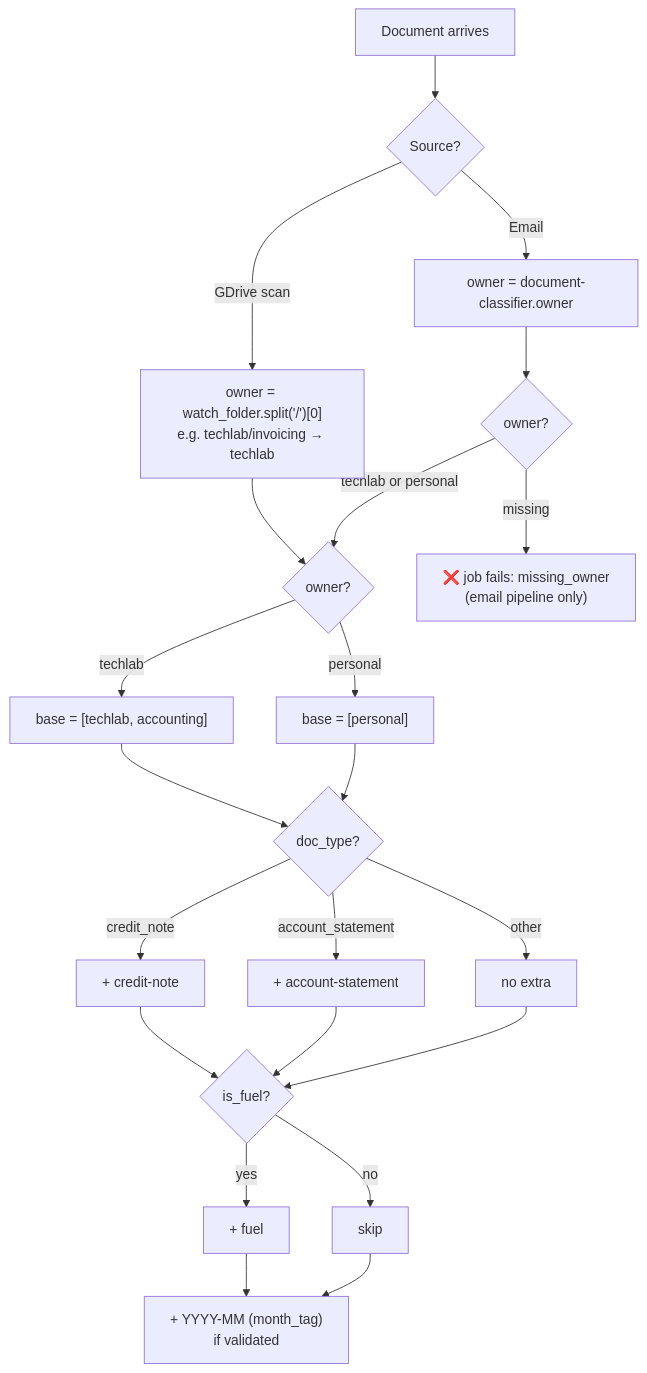
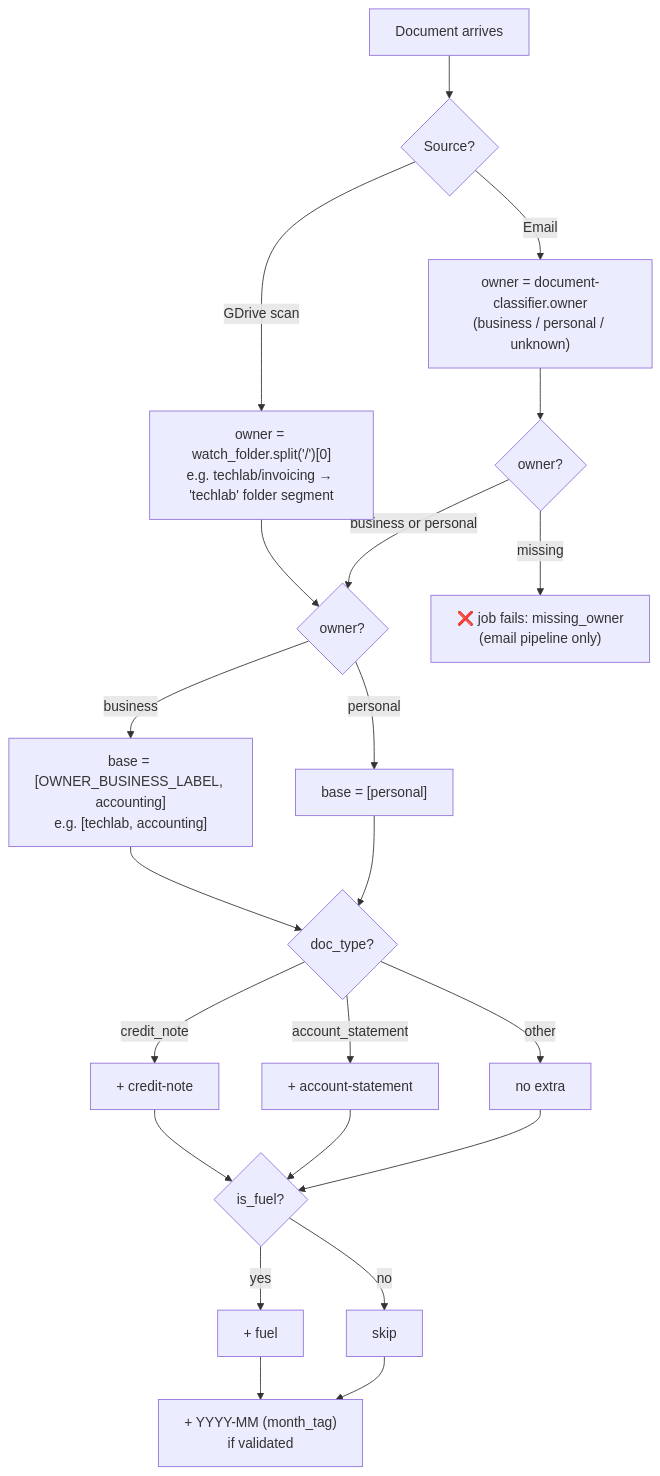
Before and after one commit to mcsdodo/personal-assistant: the third of 7 diagrams in docs/uc1-invoice-processing.md, drawn with Mermaid. The commit also changed other lines of this file and 8 other files, not shown here.

First line of the commit message:
chore(personal-assistant): wire OWNER_BUSINESS_LABEL config + docs (task 97)

````diff
--- a/docs/uc1-invoice-processing.md
+++ b/docs/uc1-invoice-processing.md
@@ -212,33 +212,33 @@
 ```mermaid
 flowchart TD
     A[Document arrives] --> B{Source?}
 
-    B -->|GDrive scan| Bg["owner = watch_folder.split('/')[0]<br/>e.g. techlab/invoicing → techlab"]
-    B -->|Email| Be["owner = document-classifier.owner"]
+    B -->|GDrive scan| Bg["owner = watch_folder.split('/')[0]<br/>e.g. techlab/invoicing → 'techlab' folder segment"]
+    B -->|Email| Be["owner = document-classifier.owner<br/>(business / personal / unknown)"]
 
     Bg --> D{owner?}
     Be --> Dm{owner?}
 
     Dm -->|missing| X["❌ job fails: missing_owner<br/>(email pipeline only)"]
-    Dm -->|techlab or personal| D
+    Dm -->|business or personal| D
 
-    D -->|techlab| G["base = [techlab, accounting]"]
+    D -->|business| G["base = [OWNER_BUSINESS_LABEL, accounting]<br/>e.g. [techlab, accounting]"]
     D -->|personal| E["base = [personal]"]
 
     G --> Dt
     E --> Dt
     Dt{doc_type?}
     Dt -->|credit_note| Cn["+ credit-note"]
     Dt -->|account_statement| As["+ account-statement"]
     Dt -->|other| Skip[no extra]
 
     Cn --> J
     As --> J
     Skip --> J
 
     J{is_fuel?}
     J -->|yes| K["+ fuel"]
     J -->|no| L[skip]
     K --> M["+ YYYY-MM (month_tag)<br/>if validated"]
     L --> M
 ```
````
